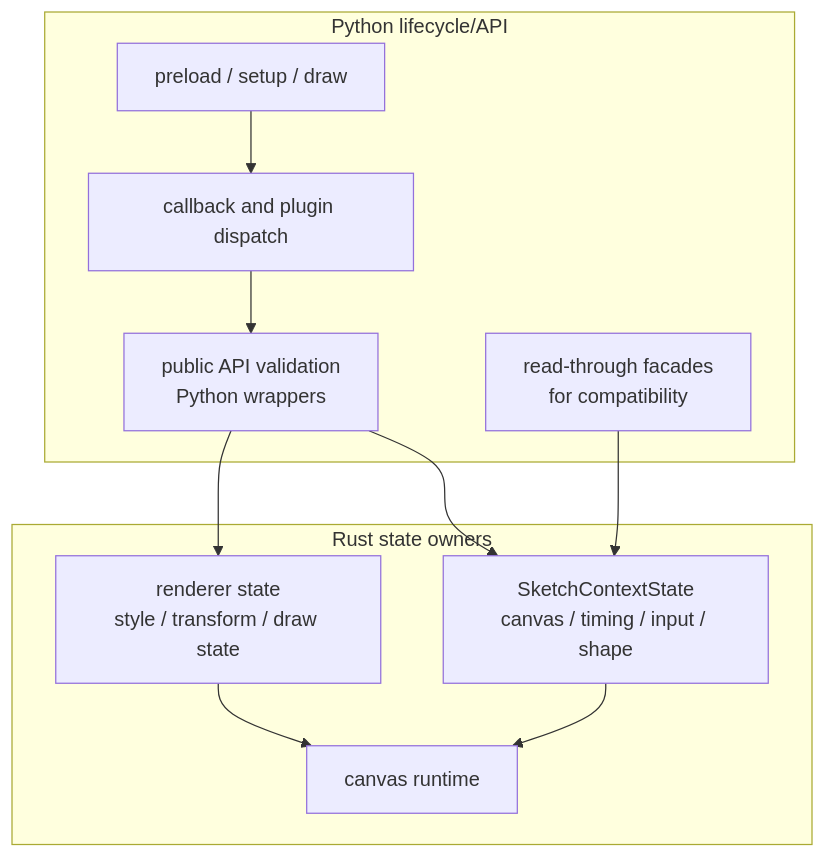
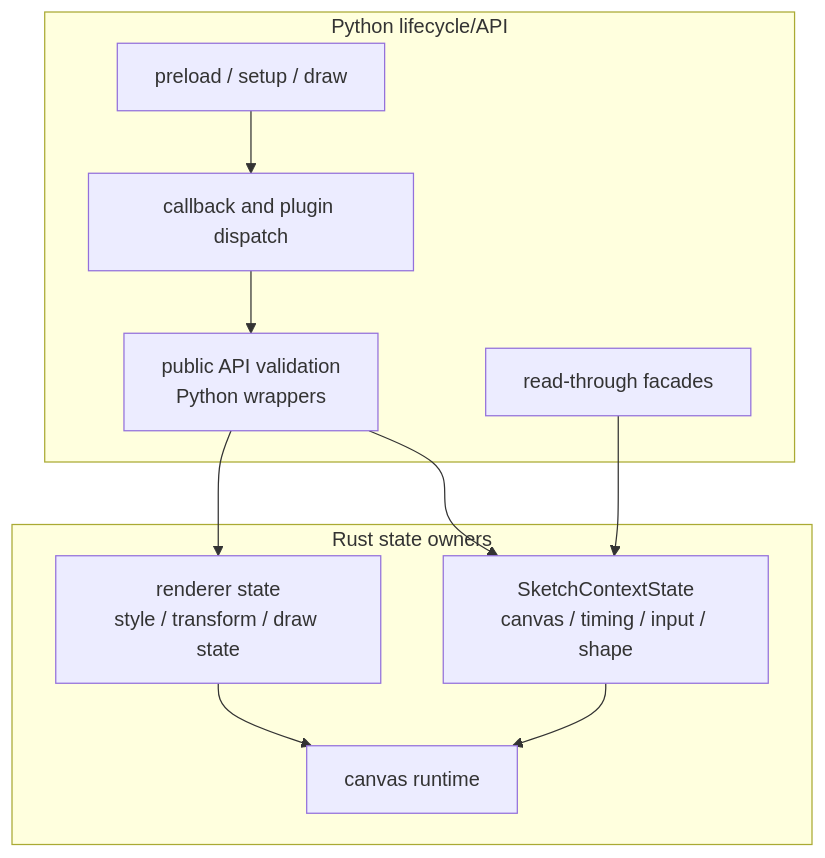
The second of 4 diagrams in docs/contribute/architecture.md (JonathanHHenson/gummy_snake), drawn with Mermaid before and after one commit. The commit also changed other lines of this file and 370 other files, not shown here.

````diff
--- a/docs/contribute/architecture.md
+++ b/docs/contribute/architecture.md
@@ -147,23 +147,23 @@
 ```mermaid
 flowchart TD
     subgraph Python["Python lifecycle/API"]
         Callbacks[preload / setup / draw]
         Dispatch[callback and plugin dispatch]
         Validation[public API validation<br/>Python wrappers]
-        Facades[read-through facades<br/>for compatibility]
+        Facades[read-through facades]
     end
 
     subgraph Rust["Rust state owners"]
         ContextState[SketchContextState<br/>canvas / timing / input / shape]
         RendererState[renderer state<br/>style / transform / draw state]
         Canvas[canvas runtime]
     end
 
     Callbacks --> Dispatch
     Dispatch --> Validation
     Validation --> ContextState
     Validation --> RendererState
     Facades --> ContextState
     RendererState --> Canvas
     ContextState --> Canvas
 ```
````
